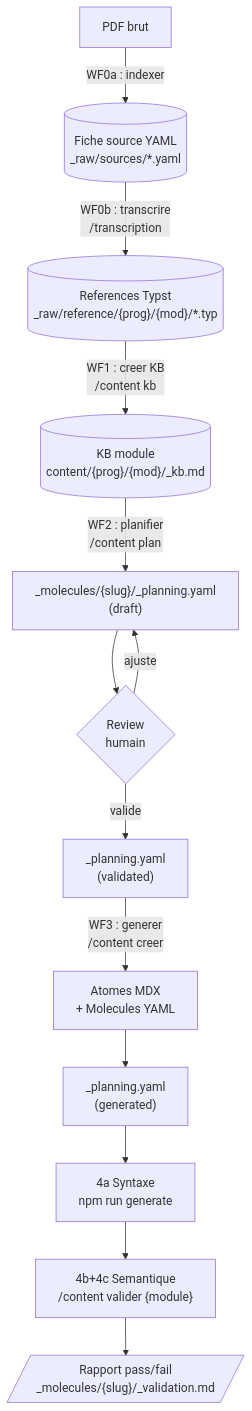
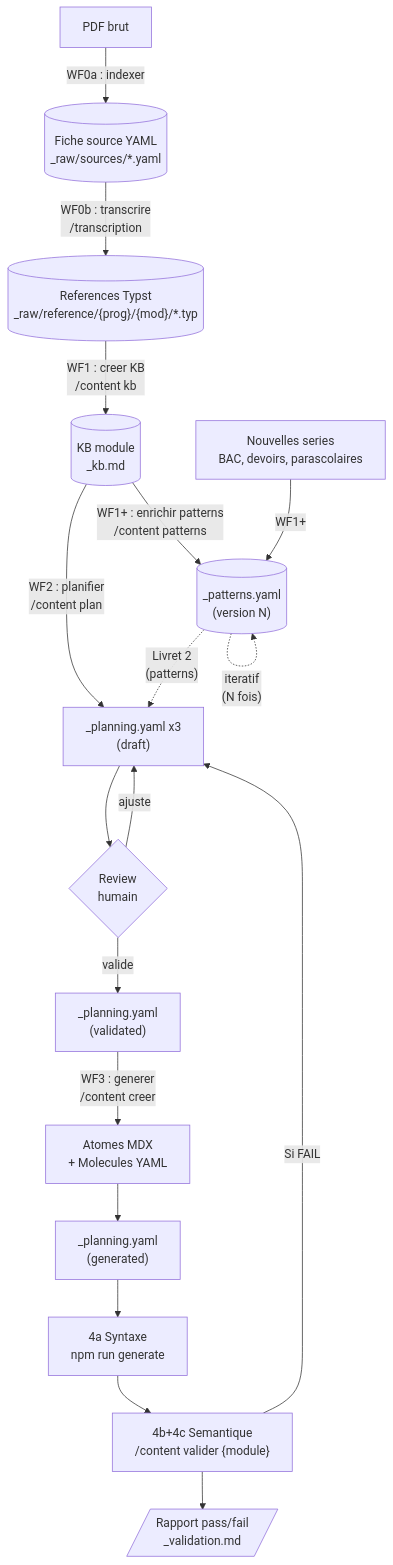
The first of 8 diagrams in docs/content-agentic-workflow.md (bilalYezzaGit/learning-web), drawn with Mermaid before and after one commit. The commit also changed other lines of this file and 3 other files, not shown here.

````diff
--- a/docs/content-agentic-workflow.md
+++ b/docs/content-agentic-workflow.md
@@ -41,15 +44,20 @@
 ```mermaid
 flowchart TD
     PDF["PDF brut"] -->|"WF0a : indexer"| Fiche[("Fiche source YAML\n_raw/sources/*.yaml")]
     Fiche -->|"WF0b : transcrire\n/transcription"| Typst[("References Typst\n_raw/reference/{prog}/{mod}/*.typ")]
-    Typst -->|"WF1 : creer KB\n/content kb"| KB[("KB module\ncontent/{prog}/{mod}/_kb.md")]
-    KB -->|"WF2 : planifier\n/content plan"| Plan["_molecules/{slug}/_planning.yaml\n(draft)"]
+    Typst -->|"WF1 : creer KB\n/content kb"| KB[("KB module\n_kb.md")]
+    KB -->|"WF1+ : enrichir patterns\n/content patterns"| Patterns[("_patterns.yaml\n(version N)")]
+    Series["Nouvelles series\nBAC, devoirs, parascolaires"] -->|"WF1+"| Patterns
+    Patterns -.->|"iteratif\n(N fois)"| Patterns
+    KB -->|"WF2 : planifier\n/content plan"| Plan["_planning.yaml x3\n(draft)"]
+    Patterns -.->|"Livret 2\n(patterns)"| Plan
     Plan --> Review{"Review\nhumain"}
     Review -->|"ajuste"| Plan
     Review -->|"valide"| PlanV["_planning.yaml\n(validated)"]
     PlanV -->|"WF3 : generer\n/content creer"| Contenu["Atomes MDX\n+ Molecules YAML"]
     Contenu --> PlanG["_planning.yaml\n(generated)"]
     PlanG --> V4a["4a Syntaxe\nnpm run generate"]
     V4a --> V4bc["4b+4c Semantique\n/content valider {module}"]
-    V4bc --> Rapport[/"Rapport pass/fail\n_molecules/{slug}/_validation.md"/]
+    V4bc --> Rapport[/"Rapport pass/fail\n_validation.md"/]
+    V4bc -->|"Si FAIL"| Plan
 ```
````
